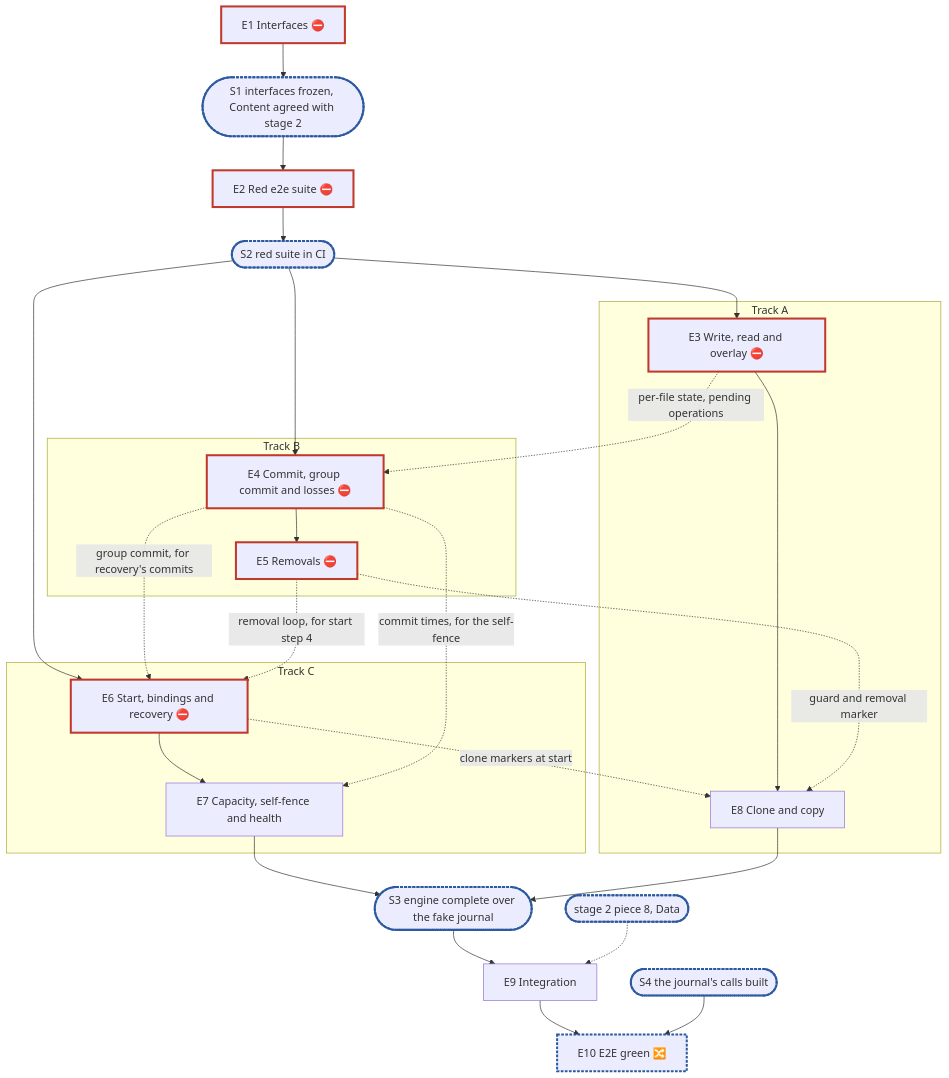
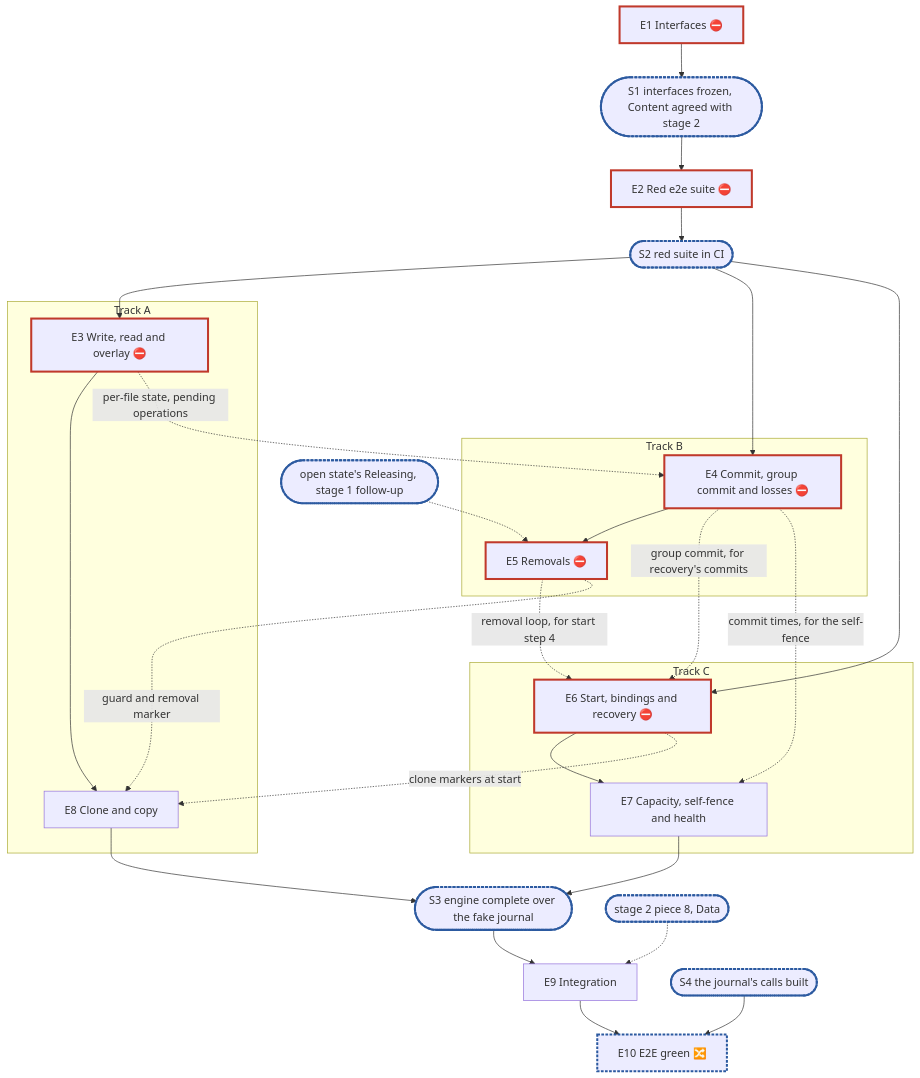
One commit to marmos91/dittofs changed the diagram in docs/internals/planning/rfc-8-journal-only-engine-plan.md. Above: the diagram before and after it, drawn with Mermaid. The commit also changed other lines of this file, not shown here.

````diff
--- a/docs/internals/planning/rfc-8-journal-only-engine-plan.md
+++ b/docs/internals/planning/rfc-8-journal-only-engine-plan.md
@@ -332,28 +339,29 @@
 ```mermaid
 flowchart TD
   E1["E1 Interfaces ⛔"]:::blocker --> S1(["S1 interfaces frozen, Content agreed with stage 2"]):::sync
   S1 --> E2["E2 Red e2e suite ⛔"]:::blocker --> S2(["S2 red suite in CI"]):::sync
   subgraph A["Track A"]
     E3["E3 Write, read and overlay ⛔"]:::blocker --> E8["E8 Clone and copy"]
   end
   subgraph B["Track B"]
     E4["E4 Commit, group commit and losses ⛔"]:::blocker --> E5["E5 Removals ⛔"]:::blocker
   end
   subgraph C["Track C"]
     E6["E6 Start, bindings and recovery ⛔"]:::blocker --> E7["E7 Capacity, self-fence and health"]
   end
   S2 --> E3 & E4 & E6
   E3 -. "per-file state, pending operations" .-> E4
   E4 -. "group commit, for recovery's commits" .-> E6
   E5 -. "removal loop, for start step 4" .-> E6
   E4 -. "commit times, for the self-fence" .-> E7
   E5 -. "guard and removal marker" .-> E8
   E6 -. "clone markers at start" .-> E8
   E7 & E8 --> S3(["S3 engine complete over the fake journal"]):::sync
   S3 --> E9["E9 Integration"]
   X(["stage 2 piece 8, Data"]):::sync -.-> E9
+  R(["open state's Releasing, stage 1 follow-up"]):::sync -.-> E5
   E9 --> E10["E10 E2E green 🔀"]:::sync
   S4(["S4 the journal's calls built"]):::sync --> E10
   classDef blocker stroke:#c0392b,stroke-width:3px
   classDef sync stroke:#2c5aa0,stroke-width:3px,stroke-dasharray:4 2
 ```
````
